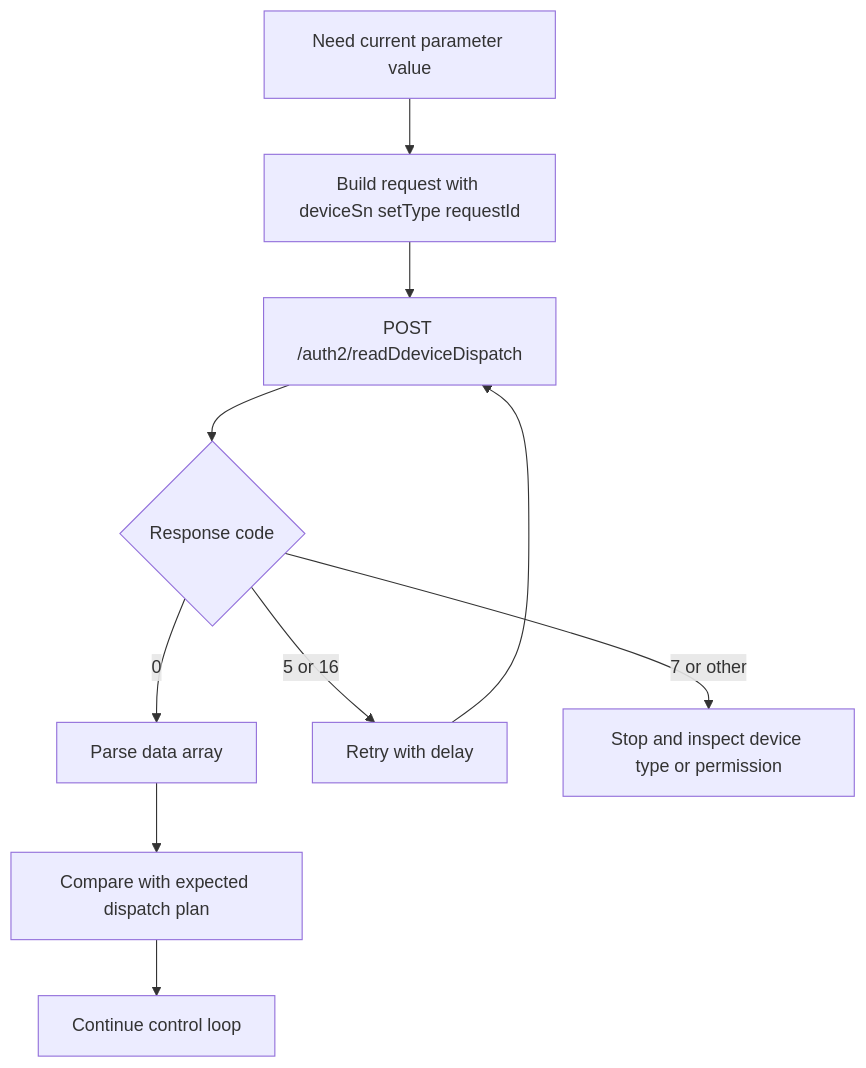
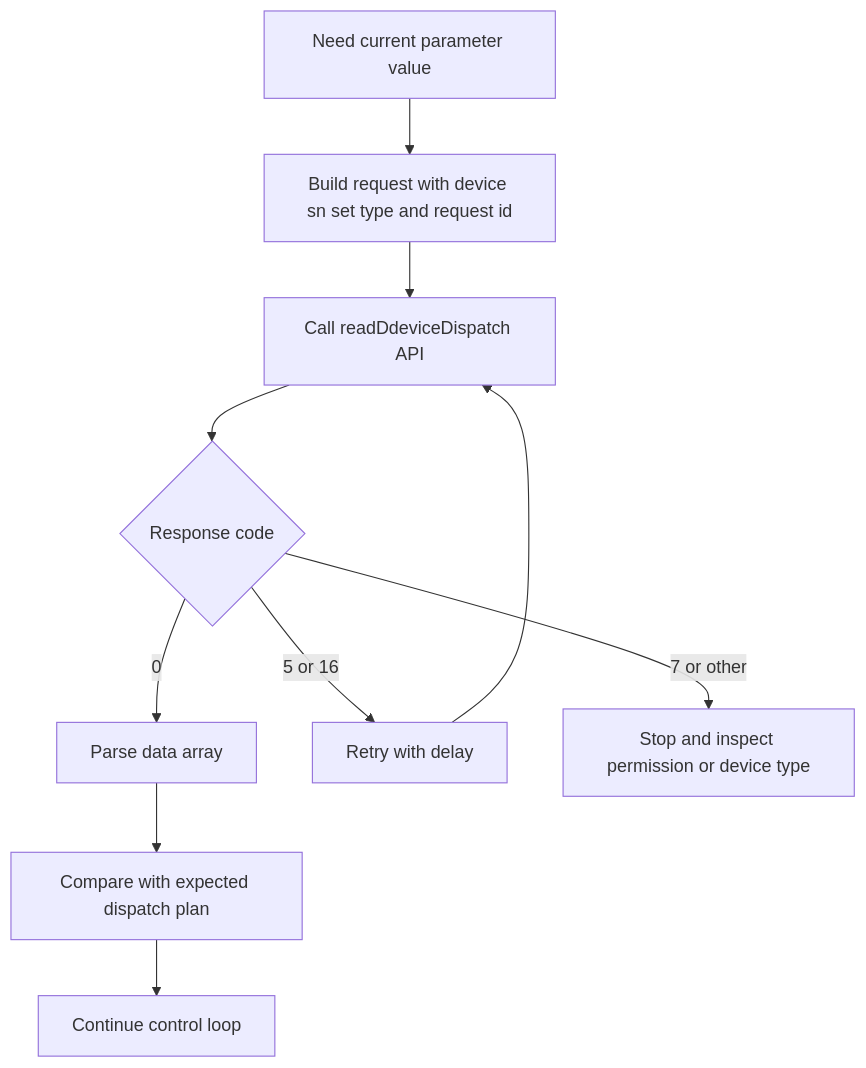
One commit to EugeneJian/growatt-unified-api changed the diagram in Growatt API/OPENAPI/06_api_read_dispatch.md. Above: the diagram before and after it, drawn with Mermaid. The commit also changed 12 other files, not shown here.

First line of the commit message:
[docs]已按你给的 Mermaid代码的终极准则 4.1 对仓库内 全部 Mermaid 做了加固。

````diff
--- a/Growatt API/OPENAPI/06_api_read_dispatch.md
+++ b/Growatt API/OPENAPI/06_api_read_dispatch.md
@@ -16,12 +16,13 @@
 ```mermaid
+%% 本代码严格遵循AI生成Mermaid代码的终极准则v4.1（Mermaid终极大师）
 flowchart TD
-    A[Need current parameter value] --> B[Build request with deviceSn setType requestId]
-    B --> C[POST /auth2/readDdeviceDispatch]
-    C --> D{Response code}
-    D -->|0| E[Parse data array]
-    D -->|5 or 16| F[Retry with delay]
-    D -->|7 or other| G[Stop and inspect device type or permission]
-    E --> H[Compare with expected dispatch plan]
-    H --> I[Continue control loop]
+    A["Need current parameter value"] --> B["Build request with device sn set type and request id"]
+    B --> C["Call readDdeviceDispatch API"]
+    C --> D{"Response code"}
+    D -->|"0"| E["Parse data array"]
+    D -->|"5 or 16"| F["Retry with delay"]
+    D -->|"7 or other"| G["Stop and inspect permission or device type"]
+    E --> H["Compare with expected dispatch plan"]
+    H --> I["Continue control loop"]
     F --> C
 ```
````
